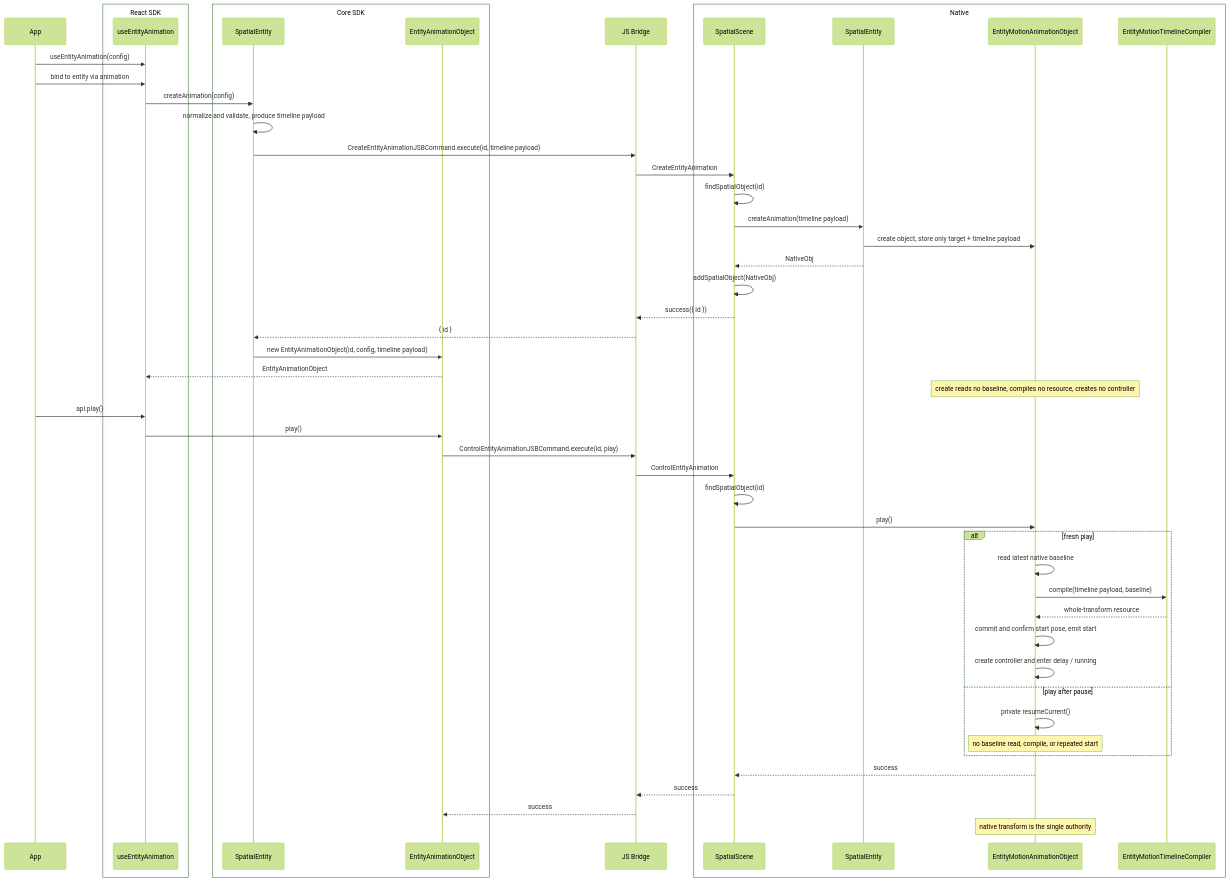
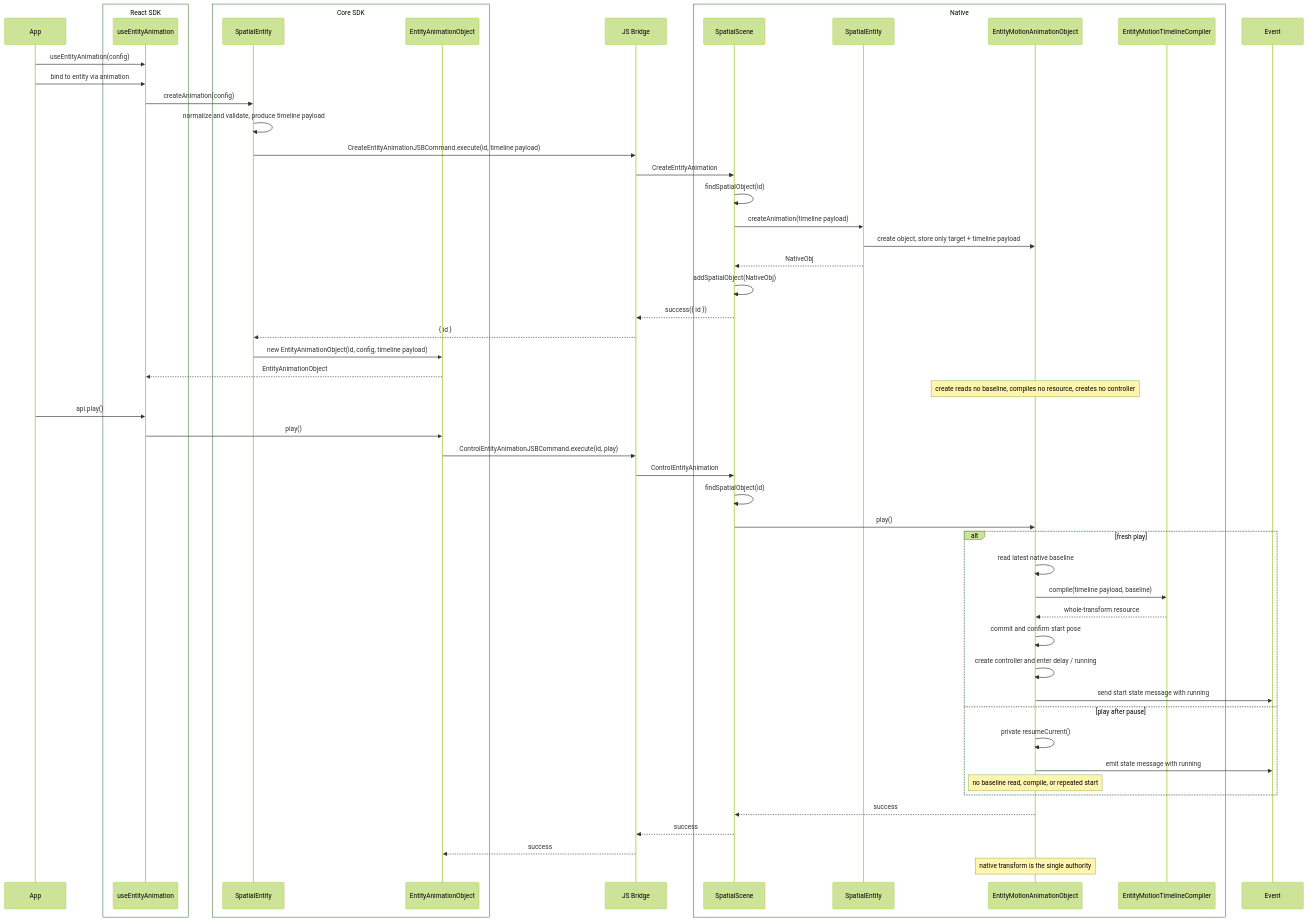
One commit to webspatial/webspatial-sdk changed the third of 14 diagrams in openspec/changes/redesign-entity-motion-api/design.md. Above: the diagram before and after it, drawn with Mermaid (forest theme). The commit also changed other lines of this file and 33 other files, not shown here.

````diff
--- a/openspec/changes/redesign-entity-motion-api/design.md
+++ b/openspec/changes/redesign-entity-motion-api/design.md
@@ -310,55 +310,57 @@
 ```mermaid
 sequenceDiagram
     participant App
     box React SDK
         participant Hook as useEntityAnimation
     end
     box Core SDK
         participant Entity as SpatialEntity
         participant Obj as EntityAnimationObject
     end
     participant Bridge as JS Bridge
     box Native
         participant Scene as SpatialScene
         participant NativeEntity as SpatialEntity
         participant NativeObj as EntityMotionAnimationObject
         participant Compiler as EntityMotionTimelineCompiler
     end
 
     App->>Hook: useEntityAnimation(config)
     App->>Hook: bind to entity via animation
     Hook->>Entity: createAnimation(config)
     Entity->>Entity: normalize and validate, produce timeline payload
     Entity->>Bridge: CreateEntityAnimationJSBCommand.execute(id, timeline payload)
     Bridge->>Scene: CreateEntityAnimation
     Scene->>Scene: findSpatialObject(id)
     Scene->>NativeEntity: createAnimation(timeline payload)
     NativeEntity->>NativeObj: create object, store only target + timeline payload
     NativeEntity-->>Scene: NativeObj
     Scene->>Scene: addSpatialObject(NativeObj)
     Scene-->>Bridge: success({ id })
     Bridge-->>Entity: { id }
     Entity->>Obj: new EntityAnimationObject(id, config, timeline payload)
     Obj-->>Hook: EntityAnimationObject
     Note over NativeObj: create reads no baseline, compiles no resource, creates no controller
     App->>Hook: api.play()
     Hook->>Obj: play()
     Obj->>Bridge: ControlEntityAnimationJSBCommand.execute(id, play)
     Bridge->>Scene: ControlEntityAnimation
     Scene->>Scene: findSpatialObject(id)
     Scene->>NativeObj: play()
     alt fresh play
         NativeObj->>NativeObj: read latest native baseline
         NativeObj->>Compiler: compile(timeline payload, baseline)
         Compiler-->>NativeObj: whole-transform resource
-        NativeObj->>NativeObj: commit and confirm start pose, emit start
+        NativeObj->>NativeObj: commit and confirm start pose
         NativeObj->>NativeObj: create controller and enter delay / running
+        NativeObj->>Event: send start state message with running
     else play after pause
         NativeObj->>NativeObj: private resumeCurrent()
+        NativeObj->>Event: emit state message with running
         Note over NativeObj: no baseline read, compile, or repeated start
     end
     NativeObj-->>Scene: success
     Scene-->>Bridge: success
     Bridge-->>Obj: success
     Note over NativeObj: native transform is the single authority
 ```
````
